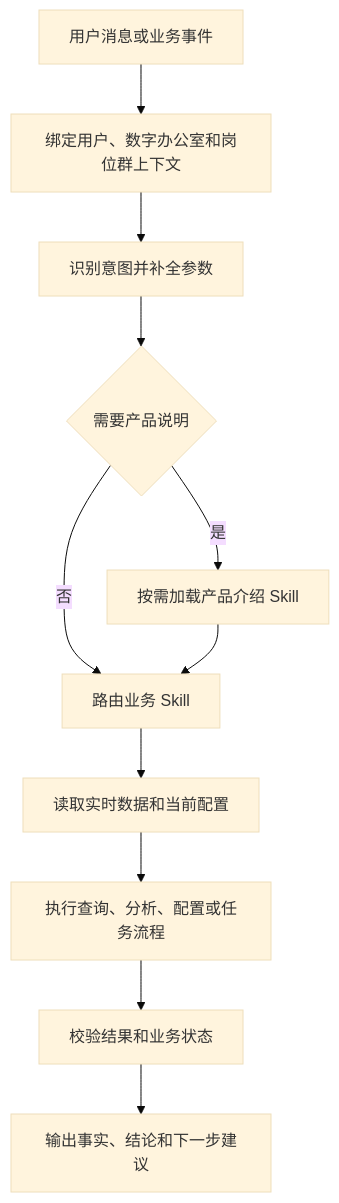
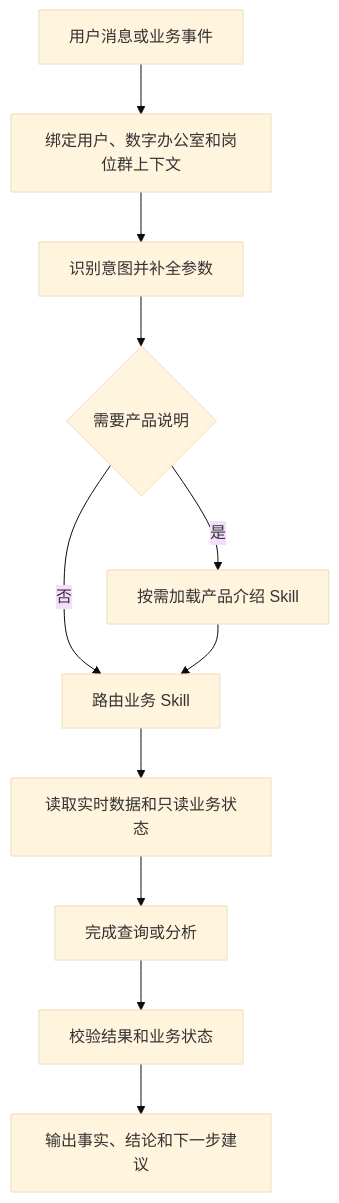
One commit to hunterandrabbits-a11y/AI-Army changed the first of 9 diagrams in PRD-v1.1-对话逻辑设计方案.md. Above: the diagram before and after it, drawn with Mermaid (base theme). The commit also changed other lines of this file, not shown here.

````diff
--- a/PRD-v1.1-对话逻辑设计方案.md
+++ b/PRD-v1.1-对话逻辑设计方案.md
@@ -26,13 +28,13 @@
 ```mermaid
 flowchart TD
     A[用户消息或业务事件] --> B[绑定用户、数字办公室和岗位群上下文]
     B --> C[识别意图并补全参数]
     C --> D{需要产品说明}
     D -->|是| E[按需加载产品介绍 Skill]
     D -->|否| F[路由业务 Skill]
     E --> F
-    F --> G[读取实时数据和当前配置]
-    G --> H[执行查询、分析、配置或任务流程]
+    F --> G[读取实时数据和只读业务状态]
+    G --> H[完成查询或分析]
     H --> I[校验结果和业务状态]
     I --> J[输出事实、结论和下一步建议]
 ```
````
